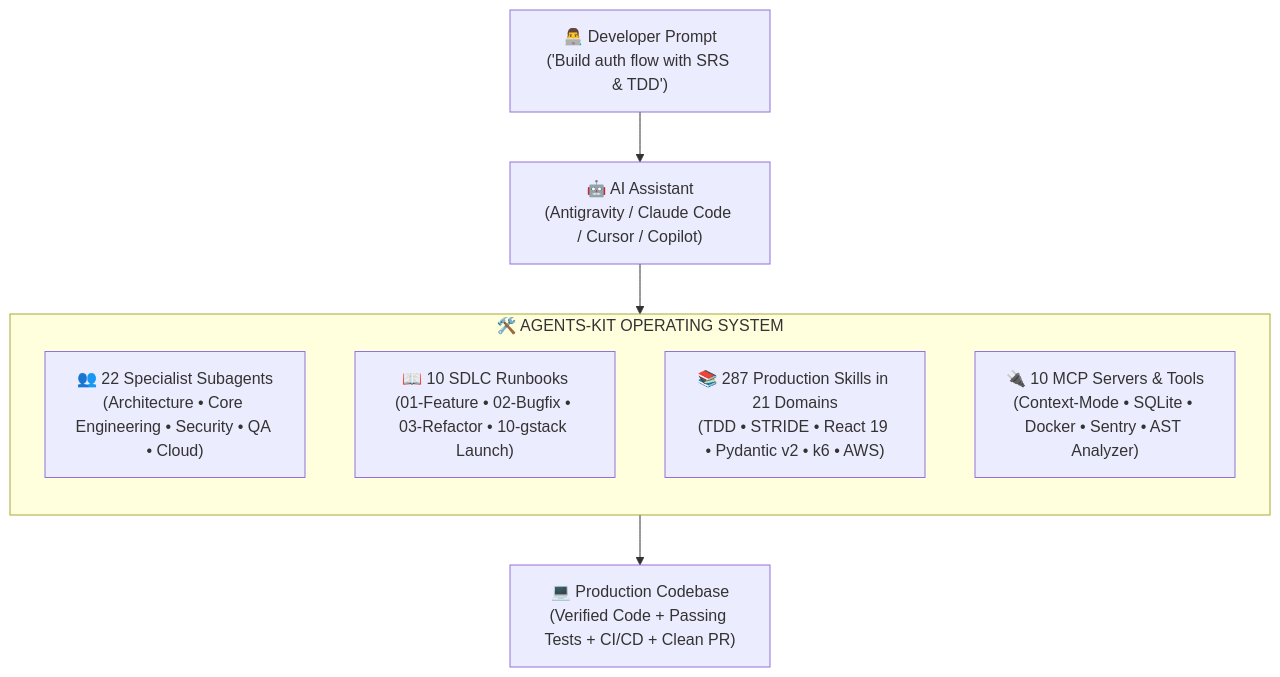
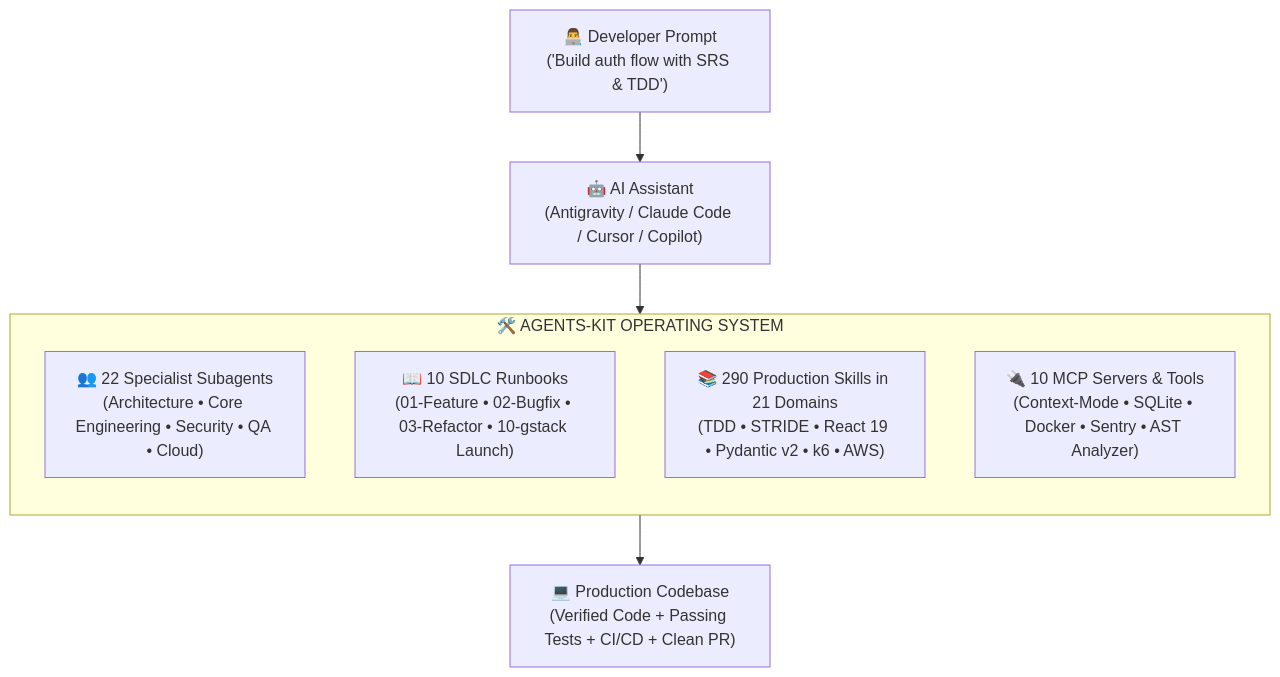
One commit to hienpham0344/Agent-kit changed the first of 2 diagrams in README.md. Above: the diagram before and after it, drawn with Mermaid. The commit also changed other lines of this file and 13 other files, not shown here.

````diff
--- a/README.md
+++ b/README.md
@@ -58,15 +58,15 @@
 ```mermaid
 flowchart TD
     User["👨‍💻 Developer Prompt<br/>('Build auth flow with SRS & TDD')"] --> Assistant["🤖 AI Assistant<br/>(Antigravity / Claude Code / Cursor / Copilot)"]
     
     subgraph AK["🛠️ AGENTS-KIT OPERATING SYSTEM"]
         direction TB
         Squads["👥 22 Specialist Subagents<br/>(Architecture • Core Engineering • Security • QA • Cloud)"]
         Runbooks["📖 10 SDLC Runbooks<br/>(01-Feature • 02-Bugfix • 03-Refactor • 10-gstack Launch)"]
-        Skills["📚 287 Production Skills in 21 Domains<br/>(TDD • STRIDE • React 19 • Pydantic v2 • k6 • AWS)"]
+        Skills["📚 290 Production Skills in 21 Domains<br/>(TDD • STRIDE • React 19 • Pydantic v2 • k6 • AWS)"]
         MCP["🔌 10 MCP Servers & Tools<br/>(Context-Mode • SQLite • Docker • Sentry • AST Analyzer)"]
     end
 
     Assistant --> AK
     AK --> Codebase["💻 Production Codebase<br/>(Verified Code + Passing Tests + CI/CD + Clean PR)"]
 ```
````
